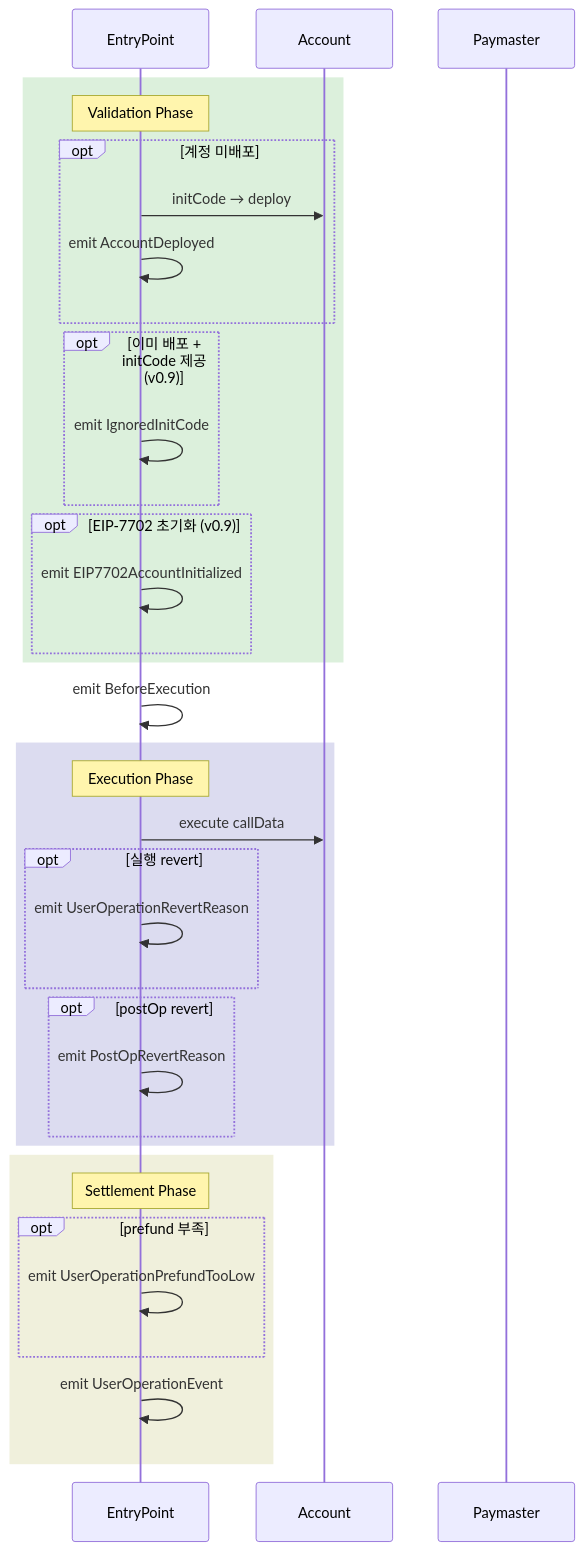
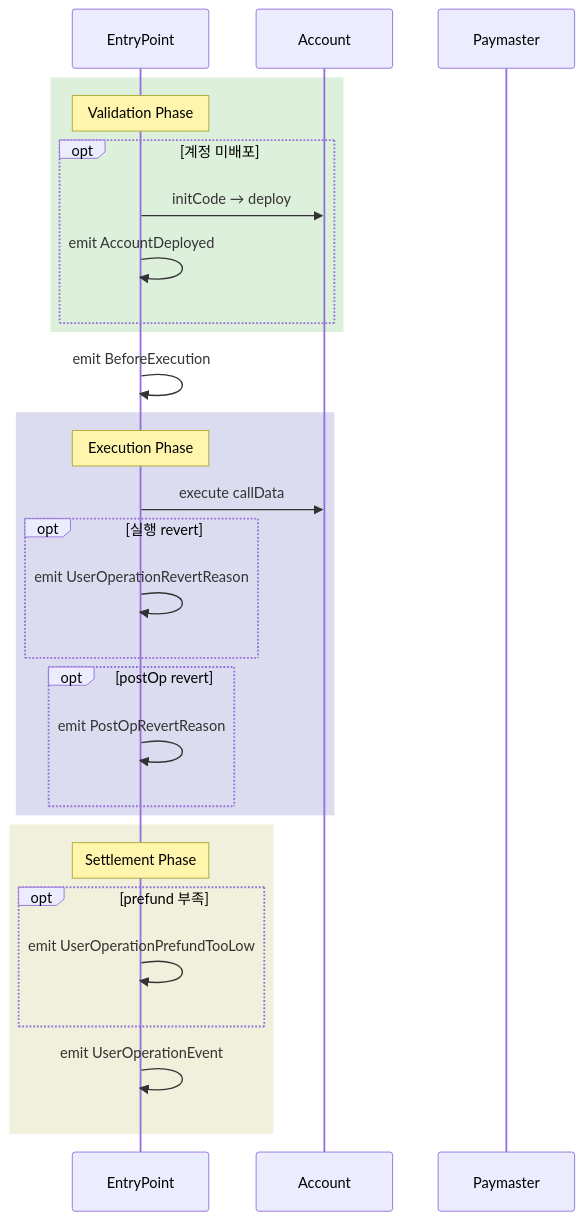
Diagram 16 of 22 in docs/claude/spec/EIP-4337_스펙표준_정리.md (onlyhyde/stable-platform), drawn with Mermaid before and after one commit. The commit also changed other lines of this file and 1 other file, not shown here.

````diff
--- a/docs/claude/spec/EIP-4337_스펙표준_정리.md
+++ b/docs/claude/spec/EIP-4337_스펙표준_정리.md
@@ -723,41 +752,35 @@
 ```mermaid
 sequenceDiagram
     participant EP as EntryPoint
     participant SA as Account
     participant PM as Paymaster
 
     rect rgb(220, 240, 220)
         Note over EP: Validation Phase
         opt 계정 미배포
             EP->>SA: initCode → deploy
             EP->>EP: emit AccountDeployed
-        end
-        opt 이미 배포 + initCode 제공 (v0.9)
-            EP->>EP: emit IgnoredInitCode
-        end
-        opt EIP-7702 초기화 (v0.9)
-            EP->>EP: emit EIP7702AccountInitialized
         end
     end
 
     EP->>EP: emit BeforeExecution
 
     rect rgb(220, 220, 240)
         Note over EP: Execution Phase
         EP->>SA: execute callData
         opt 실행 revert
             EP->>EP: emit UserOperationRevertReason
         end
         opt postOp revert
             EP->>EP: emit PostOpRevertReason
         end
     end
 
     rect rgb(240, 240, 220)
         Note over EP: Settlement Phase
         opt prefund 부족
             EP->>EP: emit UserOperationPrefundTooLow
         end
         EP->>EP: emit UserOperationEvent
     end
 ```
````
